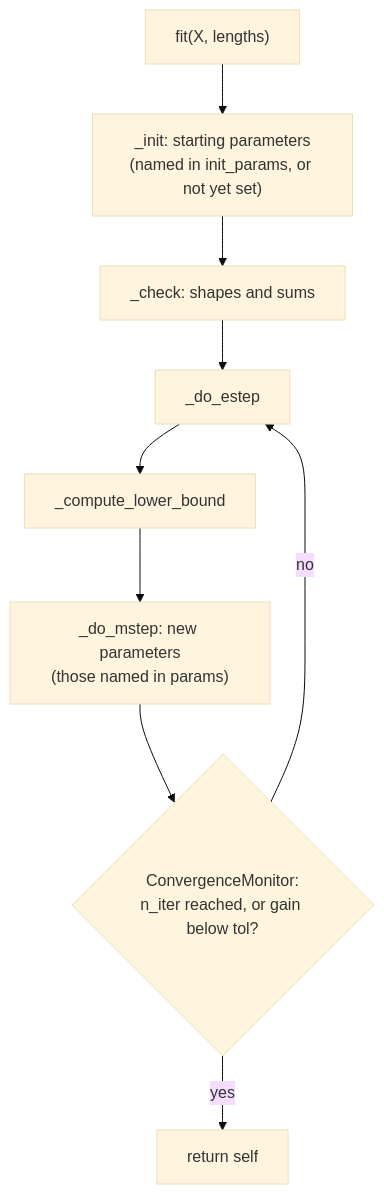
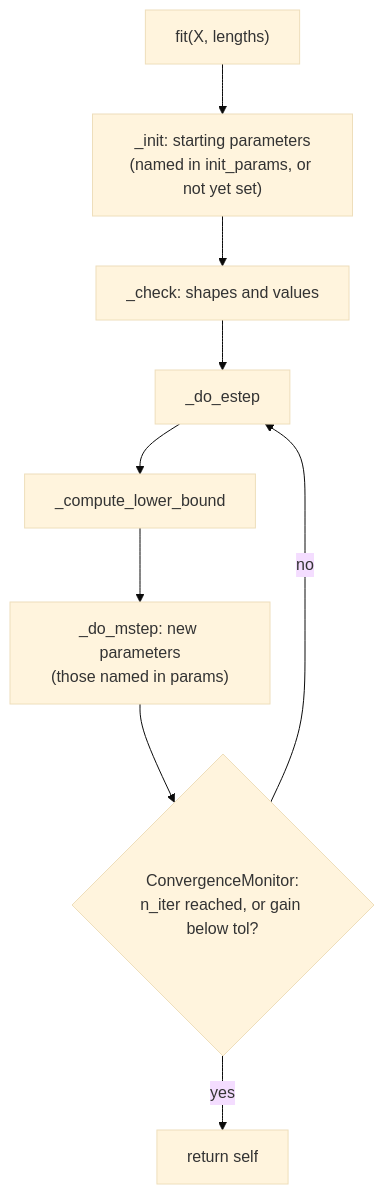
Before and after one commit to runivers/hmm-craft: the second of 2 diagrams in ARCHITECTURE.md, drawn with Mermaid (base theme). The commit also changed other lines of this file and 10 other files, not shown here.

````diff
--- a/ARCHITECTURE.md
+++ b/ARCHITECTURE.md
@@ -66,11 +66,11 @@
 ```mermaid
 flowchart TD
     A["fit(X, lengths)"] --> B["_init: starting parameters<br/>(named in init_params, or not yet set)"]
-    B --> C["_check: shapes and sums"]
+    B --> C["_check: shapes and values"]
     C --> D["_do_estep"]
     D --> E["_compute_lower_bound"]
     E --> F["_do_mstep: new parameters<br/>(those named in params)"]
     F --> G{"ConvergenceMonitor:<br/>n_iter reached, or gain below tol?"}
     G -- no --> D
     G -- yes --> H["return self"]
 ```
````
